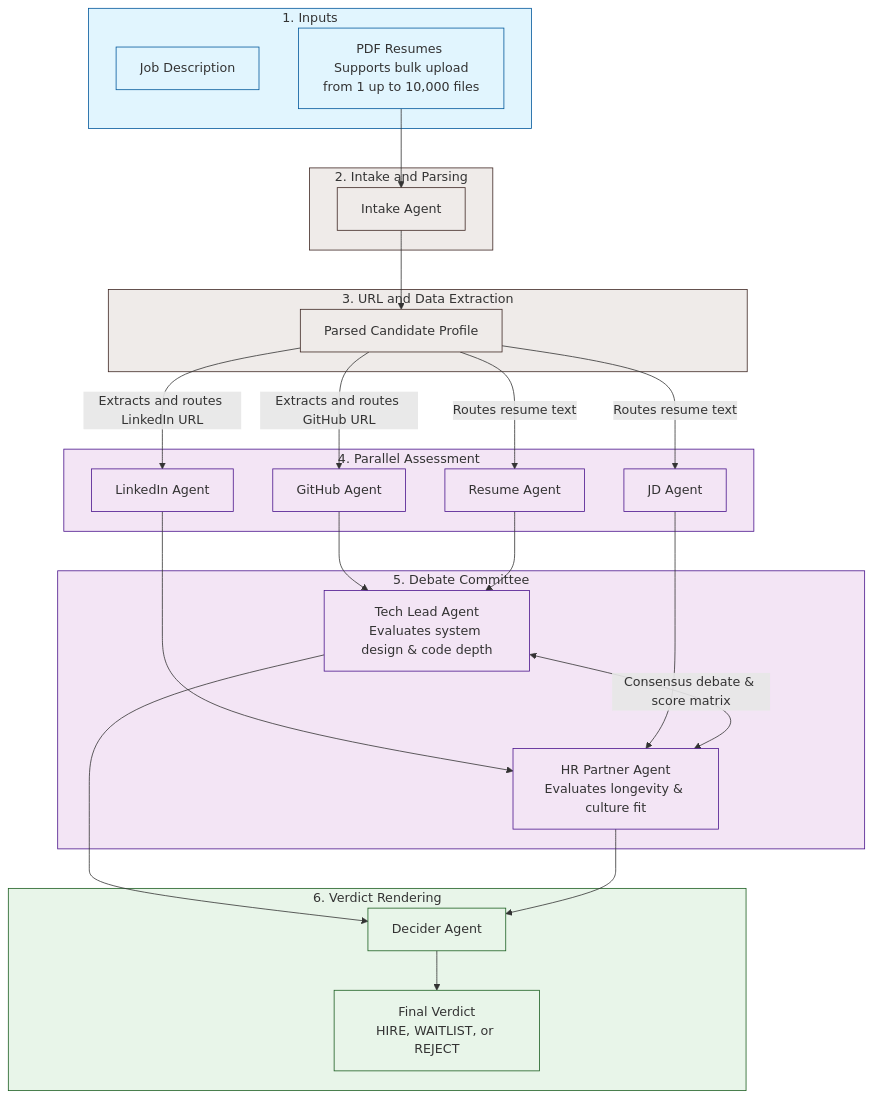
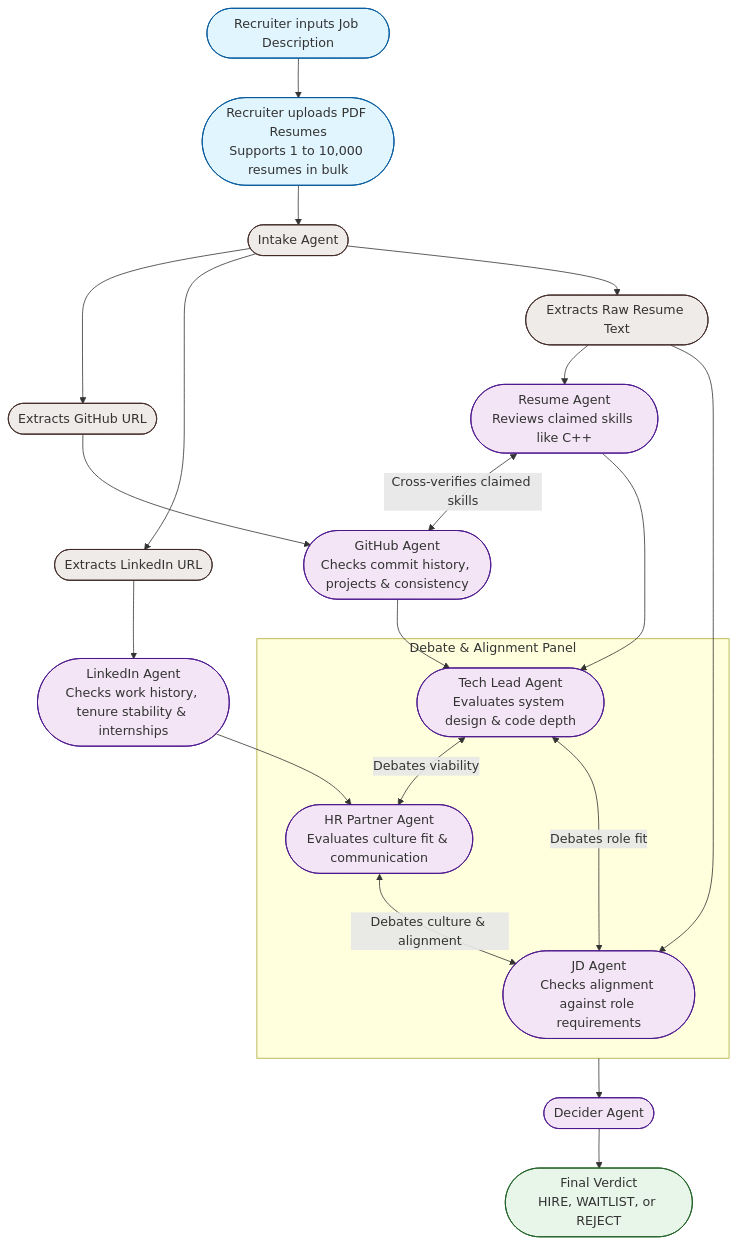
The diagram in README.md (Mahesh-Nandigam/HirePanel.Ai), drawn with Mermaid before and after one commit. The commit also changed other lines of this file, not shown here.

Commit message:
docs: upgrade Mermaid diagram with ellipse nodes, sequential inputs, cross-verification loop, and 3-agent debate panel

````diff
--- a/README.md
+++ b/README.md
@@ -20,62 +27,73 @@
 ```mermaid
 flowchart TD
     %% Define styles for clean appearance
     classDef input fill:#e1f5fe,stroke:#01579b,stroke-width:1px;
     classDef agent fill:#f3e5f5,stroke:#4a148c,stroke-width:1px;
-    classDef process fill:#efebe9,stroke:#3e2723,stroke-width:1px;
+    classDef step fill:#efebe9,stroke:#3e2723,stroke-width:1px;
     classDef output fill:#e8f5e9,stroke:#1b5e20,stroke-width:1px;
 
-    subgraph Inputs [1. Inputs]
-        JD[Job Description]
-        PDF[PDF Resumes <br/> Supports bulk upload from 1 up to 10,000 files]
+    %% 1. Inputs
+    RecruiterJD([Recruiter inputs Job Description])
+    RecruiterPDF([Recruiter uploads PDF Resumes<br/>Supports 1 to 10,000 resumes in bulk])
+    
+    RecruiterJD --> RecruiterPDF
+
+    %% 2. Intake
+    Intake([Intake Agent])
+    RecruiterPDF --> Intake
+
+    %% 3. Parsing & Routing
+    ExtractGH([Extracts GitHub URL])
+    ExtractLI([Extracts LinkedIn URL])
+    ExtractTxt([Extracts Raw Resume Text])
+
+    Intake --> ExtractGH
+    Intake --> ExtractLI
+    Intake --> ExtractTxt
+
+    %% 4. Assessment Agents
+    GHAgent([GitHub Agent<br/>Checks commit history, projects & consistency])
+    LIAgent([LinkedIn Agent<br/>Checks work history, tenure stability & internships])
+    ResAgent([Resume Agent<br/>Reviews claimed skills like C++])
+    JDAgent([JD Agent<br/>Checks alignment against role requirements])
+
+    ExtractGH --> GHAgent
+    ExtractLI --> LIAgent
+    ExtractTxt --> ResAgent
+    ExtractTxt --> JDAgent
+
+    %% Cross Verification Loop
+    ResAgent <-->|Cross-verifies claimed skills| GHAgent
+
+    %% 5. Debate Panel
+    TechLead([Tech Lead Agent<br/>Evaluates system design & code depth])
+    HRPartner([HR Partner Agent<br/>Evaluates culture fit & communication])
+
+    GHAgent --> TechLead
+    ResAgent --> TechLead
+    LIAgent --> HRPartner
+    
+    %% Debate Panel Connection
+    subgraph DebatePanel [Debate & Alignment Panel]
+        JDAgent
+        TechLead
+        HRPartner
     end
-    class Inputs,JD,PDF input;
 
-    subgraph IntakeStage [2. Intake and Parsing]
-        Intake[Intake Agent]
-        PDF --> Intake
-    end
-    class IntakeStage,Intake process;
+    %% Debate Flow
+    JDAgent <-->|Debates role fit| TechLead
+    TechLead <-->|Debates viability| HRPartner
+    HRPartner <-->|Debates culture & alignment| JDAgent
 
-    subgraph RoutingStage [3. URL and Data Extraction]
-        Parsed[Parsed Candidate Profile]
-        Intake --> Parsed
-    end
-    class RoutingStage,Parsed process;
+    %% 6. Verdict
+    Decider([Decider Agent])
+    Verdict([Final Verdict<br/>HIRE, WAITLIST, or REJECT])
 
-    subgraph Extractors [4. Parallel Assessment]
-        GH_Agent[GitHub Agent]
-        LI_Agent[LinkedIn Agent]
-        JD_Agent[JD Agent]
-        Res_Agent[Resume Agent]
-        
-        Parsed -->|Extracts and routes GitHub URL| GH_Agent
-        Parsed -->|Extracts and routes LinkedIn URL| LI_Agent
-        Parsed -->|Routes resume text| JD_Agent
-        Parsed -->|Routes resume text| Res_Agent
-    end
-    class Extractors,GH_Agent,LI_Agent,JD_Agent,Res_Agent agent;
+    DebatePanel --> Decider
+    Decider --> Verdict
 
-    subgraph EvaluationPanel [5. Debate Committee]
-        TechLead[Tech Lead Agent<br/>Evaluates system design & code depth]
-        HR[HR Partner Agent<br/>Evaluates longevity & culture fit]
-        
-        GH_Agent --> TechLead
-        Res_Agent --> TechLead
-        LI_Agent --> HR
-        JD_Agent --> HR
-        
-        TechLead <-->|Consensus debate & score matrix| HR
-    end
-    class EvaluationPanel,TechLead,HR agent;
-
-    subgraph DecisionStage [6. Verdict Rendering]
-        Decider[Decider Agent]
-        Verdict[Final Verdict<br/>HIRE, WAITLIST, or REJECT]
-        
-        TechLead --> Decider
-        HR --> Decider
-        Decider --> Verdict
-    end
-    class DecisionStage,Decider,Verdict output;
+    class RecruiterJD,RecruiterPDF input;
+    class Intake,ExtractGH,ExtractLI,ExtractTxt step;
+    class GHAgent,LIAgent,ResAgent,JDAgent,TechLead,HRPartner,Decider agent;
+    class Verdict output;
 ```
````
